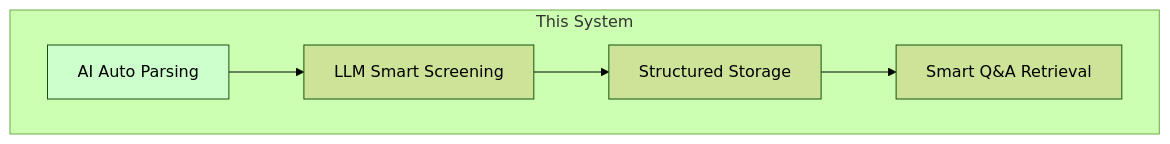
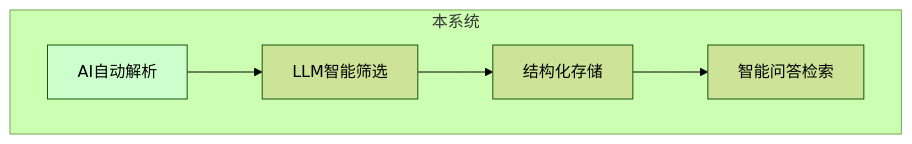
One commit to xt765/ResumeScreening changed the second of 11 diagrams in README.md. Above: the diagram before and after it, drawn with Mermaid (forest theme). The commit also changed other lines of this file and 26 other files, not shown here.

````diff
--- a/README.md
+++ b/README.md
@@ -50,9 +50,9 @@
 ```mermaid
 graph TB
-    subgraph This System
-        B1[AI Auto Parsing] --> B2[LLM Smart Screening]
-        B2 --> B3[Structured Storage]
-        B3 --> B4[Smart Q&A Retrieval]
+    subgraph 本系统
+        B1[AI自动解析] --> B2[LLM智能筛选]
+        B2 --> B3[结构化存储]
+        B3 --> B4[智能问答检索]
     end
     style B1 fill:#ccffcc
 ```
````
